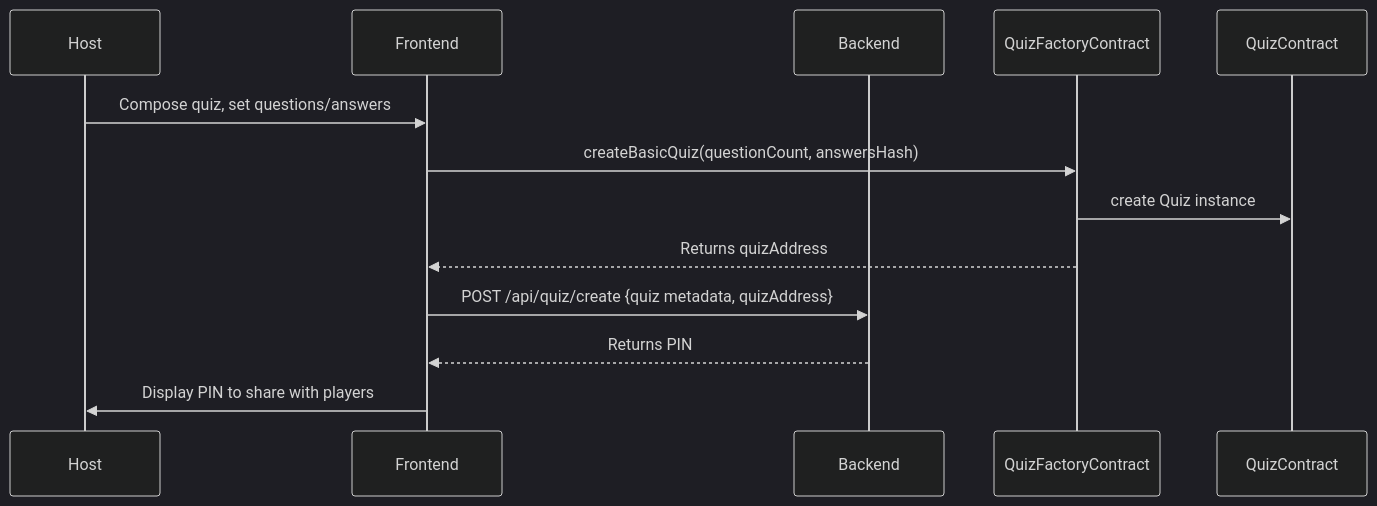
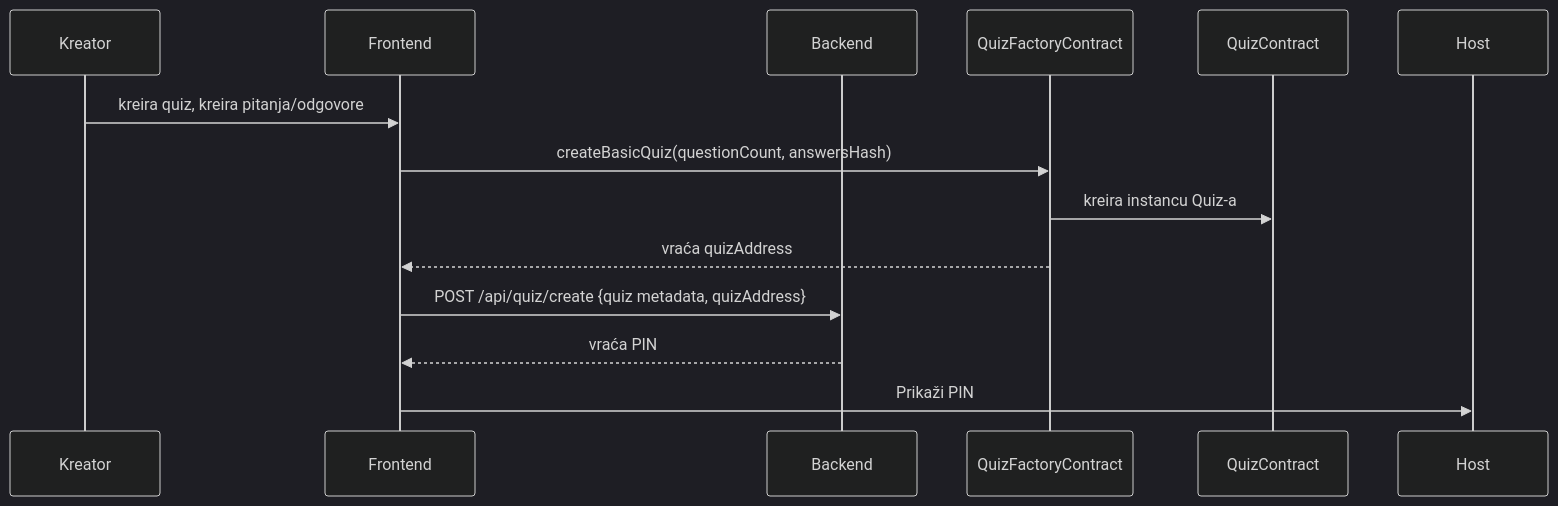
Before and after one commit to ian12-21/QuizApp-Frontend: the second of 6 diagrams in README_Version3.md, drawn with Mermaid (dark theme). The commit also changed other lines of this file, not shown here.

````diff
--- a/README_Version3.md
+++ b/README_Version3.md
@@ -34,16 +34,16 @@
 ```mermaid
 sequenceDiagram
-    participant Host
+    participant Kreator
     participant Frontend
     participant Backend
     participant FactorySC as QuizFactoryContract
     participant QuizSC as QuizContract
 
-    Host->>Frontend: Compose quiz, set questions/answers
+    Kreator->>Frontend: kreira quiz, kreira pitanja/odgovore
     Frontend->>FactorySC: createBasicQuiz(questionCount, answersHash)
-    FactorySC->>QuizSC: create Quiz instance
-    FactorySC-->>Frontend: Returns quizAddress
+    FactorySC->>QuizSC: kreira instancu Quiz-a
+    FactorySC-->>Frontend: vraća quizAddress
     Frontend->>Backend: POST /api/quiz/create {quiz metadata, quizAddress}
-    Backend-->>Frontend: Returns PIN
-    Frontend->>Host: Display PIN to share with players
+    Backend-->>Frontend: vraća PIN
+    Frontend->>Host: Prikaži PIN
 ```
````
